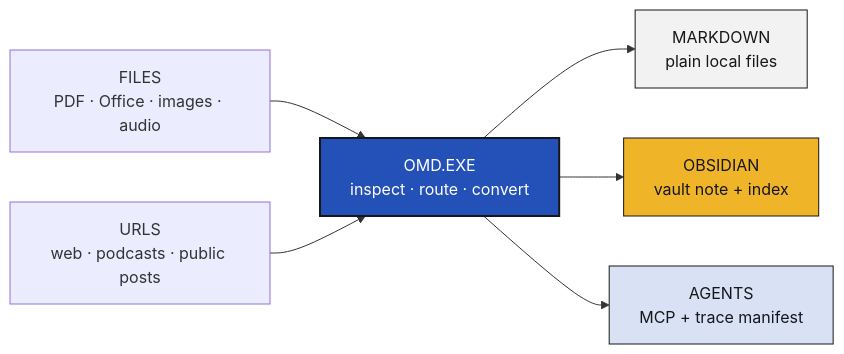
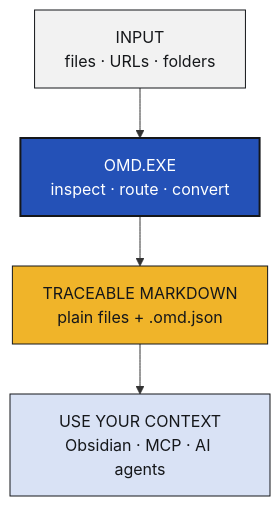
The diagram in README.md (omd-local/markdown-everything), drawn with Mermaid before and after one commit.

Commit message:
Make the source-to-context diagram legible on mobile
Replace the wide branching Mermaid graph with a four-stage vertical pipeline after the live 390 px render showed labels scaled below comfortable reading size.

Constraint: Mermaid controls and GitHub mobile width leave limited space for left-to-right graphs.

Rejected: Remove the diagram | the visual route remains the fastest explanation of OMD after the walkthrough.

Confidence: high

Scope-risk: narrow

Directive: Prefer top-to-bottom Mermaid flows for README diagrams that must work on phones.

Tested: targeted identity and MCP README contract tests; source/public byte comparison; diff check.

Not-tested: Updated live desktop/mobile diagram until this public branch is pushed.

````diff
--- a/README.md
+++ b/README.md
@@ -40,13 +40,11 @@
 ```mermaid
-flowchart LR
-    A["FILES<br/>PDF · Office · images · audio"] --> C["OMD.EXE<br/>inspect · route · convert"]
-    B["URLS<br/>web · podcasts · public posts"] --> C
-    C --> D["MARKDOWN<br/>plain local files"]
-    C --> E["OBSIDIAN<br/>vault note + index"]
-    C --> F["AGENTS<br/>MCP + trace manifest"]
+flowchart TB
+    A["INPUT<br/>files · URLs · folders"] --> B["OMD.EXE<br/>inspect · route · convert"]
+    B --> C["TRACEABLE MARKDOWN<br/>plain files + .omd.json"]
+    C --> D["USE YOUR CONTEXT<br/>Obsidian · MCP · AI agents"]
 
-    style C fill:#2451b7,color:#ffffff,stroke:#15171a,stroke-width:2px
-    style D fill:#f2f2f2,color:#15171a,stroke:#15171a
-    style E fill:#f0b429,color:#15171a,stroke:#15171a
-    style F fill:#d9e2f5,color:#15171a,stroke:#15171a
+    style A fill:#f2f2f2,color:#15171a,stroke:#15171a
+    style B fill:#2451b7,color:#ffffff,stroke:#15171a,stroke-width:2px
+    style C fill:#f0b429,color:#15171a,stroke:#15171a
+    style D fill:#d9e2f5,color:#15171a,stroke:#15171a
 ```
````
